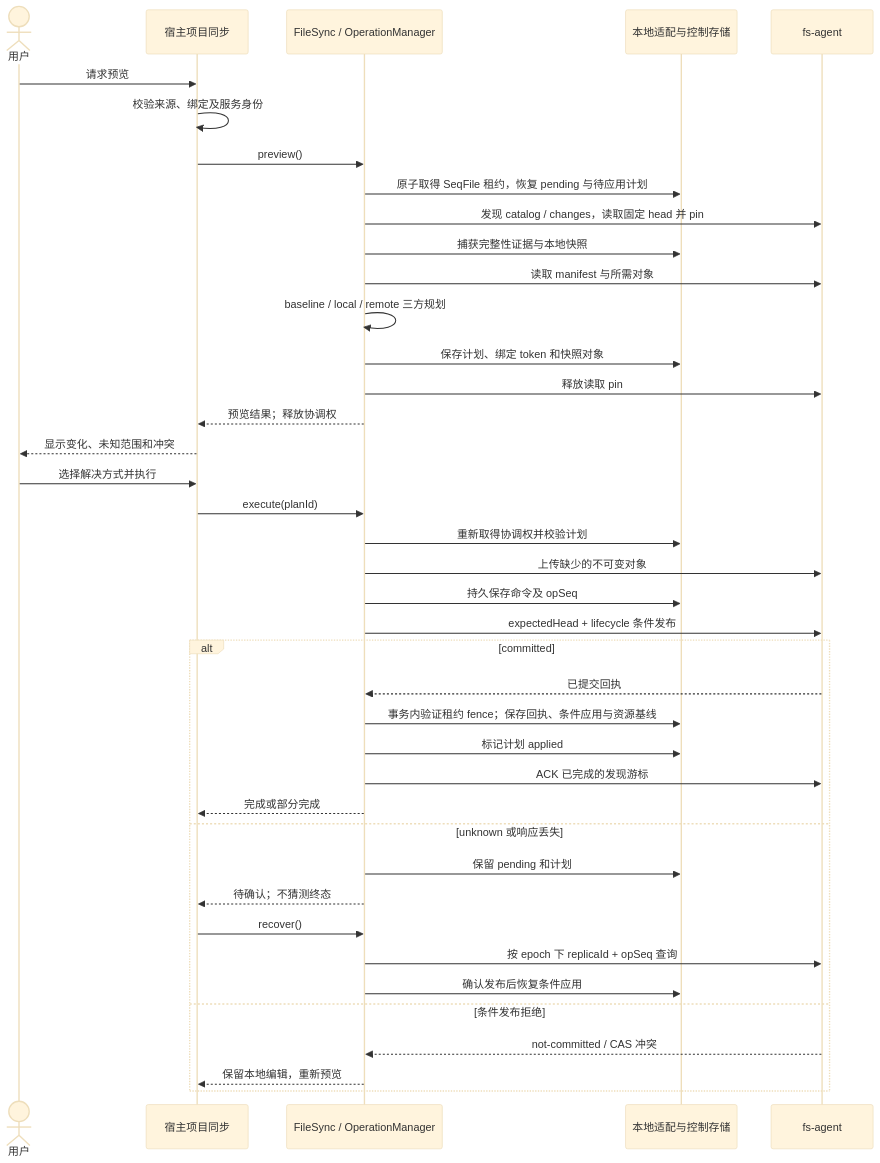
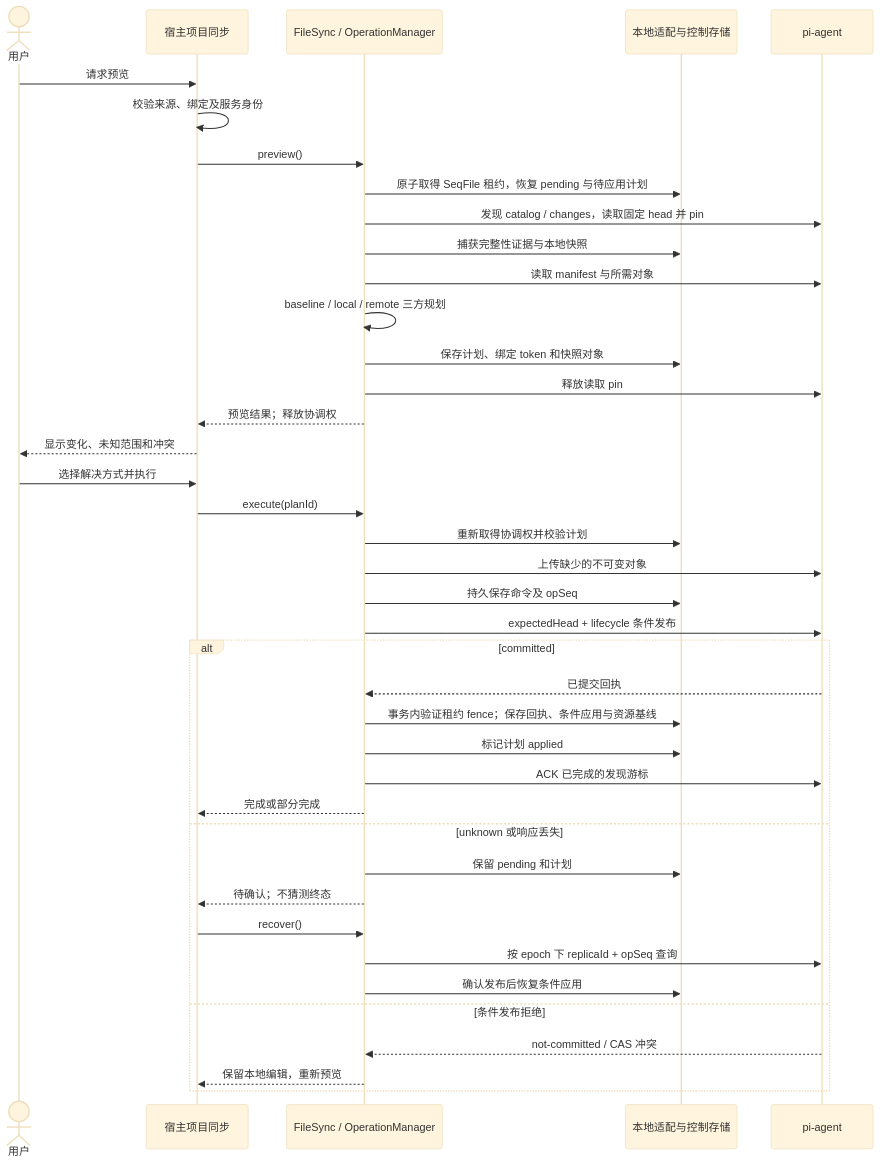
One commit to mushuanli/itookit changed the third of 4 diagrams in doc/design/sync-vfs-module-boundaries.md. Above: the diagram before and after it, drawn with Mermaid (base theme). The commit also changed other lines of this file and 188 other files, not shown here.

````diff
--- a/doc/design/sync-vfs-module-boundaries.md
+++ b/doc/design/sync-vfs-module-boundaries.md
@@ -84,42 +84,42 @@
 ```mermaid
 sequenceDiagram
     actor User as 用户
     participant Host as 宿主项目同步
     participant Core as FileSync / OperationManager
     participant Local as 本地适配与控制存储
-    participant Cloud as fs-agent
+    participant Cloud as pi-agent
     User->>Host: 请求预览
     Host->>Host: 校验来源、绑定及服务身份
     Host->>Core: preview()
     Core->>Local: 原子取得 SeqFile 租约，恢复 pending 与待应用计划
     Core->>Cloud: 发现 catalog / changes，读取固定 head 并 pin
     Core->>Local: 捕获完整性证据与本地快照
     Core->>Cloud: 读取 manifest 与所需对象
     Core->>Core: baseline / local / remote 三方规划
     Core->>Local: 保存计划、绑定 token 和快照对象
     Core->>Cloud: 释放读取 pin
     Core-->>Host: 预览结果；释放协调权
     Host-->>User: 显示变化、未知范围和冲突
     User->>Host: 选择解决方式并执行
     Host->>Core: execute(planId)
     Core->>Local: 重新取得协调权并校验计划
     Core->>Cloud: 上传缺少的不可变对象
     Core->>Local: 持久保存命令及 opSeq
     Core->>Cloud: expectedHead + lifecycle 条件发布
     alt committed
         Cloud-->>Core: 已提交回执
         Core->>Local: 事务内验证租约 fence；保存回执、条件应用与资源基线
         Core->>Local: 标记计划 applied
         Core->>Cloud: ACK 已完成的发现游标
         Core-->>Host: 完成或部分完成
     else unknown 或响应丢失
         Core->>Local: 保留 pending 和计划
         Core-->>Host: 待确认；不猜测终态
         Host->>Core: recover()
         Core->>Cloud: 按 epoch 下 replicaId + opSeq 查询
         Core->>Local: 确认发布后恢复条件应用
     else 条件发布拒绝
         Cloud-->>Core: not-committed / CAS 冲突
         Core-->>Host: 保留本地编辑，重新预览
     end
 ```
````
